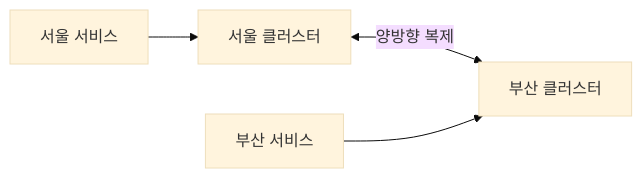
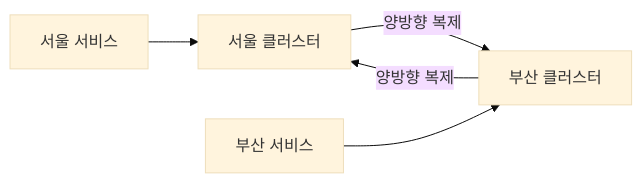
The tenth of 12 diagrams in _posts/kafka/2026-05-03-kafka-practical-patterns.md (yjkim2015/yjkim2015.github.io), drawn with Mermaid (base theme) before and after one commit. The commit also changed other lines of this file and 38 other files, not shown here.

First line of the commit message:
Mermaid 파싱 에러 최종 수정 + 화살표 간격 확대

````diff
--- a/_posts/kafka/2026-05-03-kafka-practical-patterns.md
+++ b/_posts/kafka/2026-05-03-kafka-practical-patterns.md
@@ -624,6 +631,7 @@
 ```mermaid
 graph LR
-    SL["서울 클러스터"] <-->|"양방향 복제"| BS["부산 클러스터"]
+    SL["서울 클러스터"] -->|"양방향 복제"| BS["부산 클러스터"]
+    BS["부산 클러스터"] -->|"양방향 복제"| SL["서울 클러스터"]
     SC["서울 서비스"] --> SL
     BC["부산 서비스"] --> BS
 ```
````
